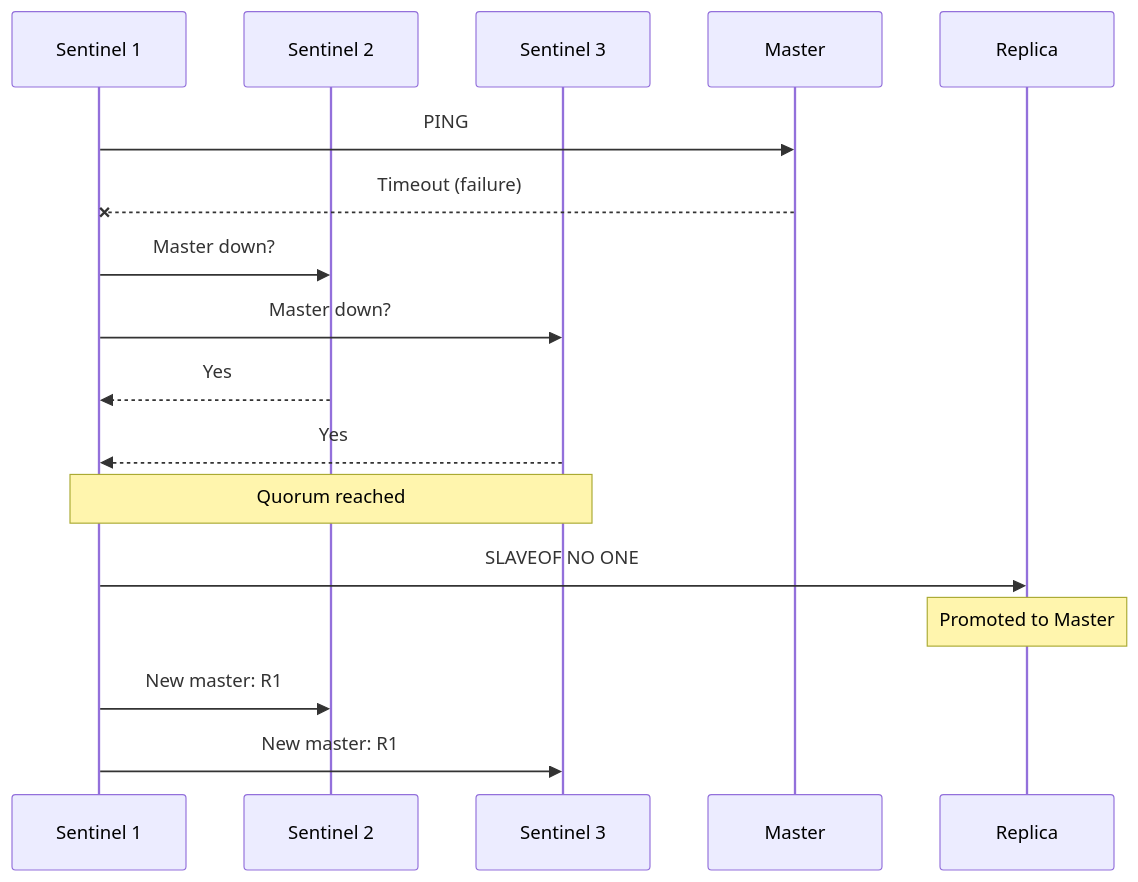
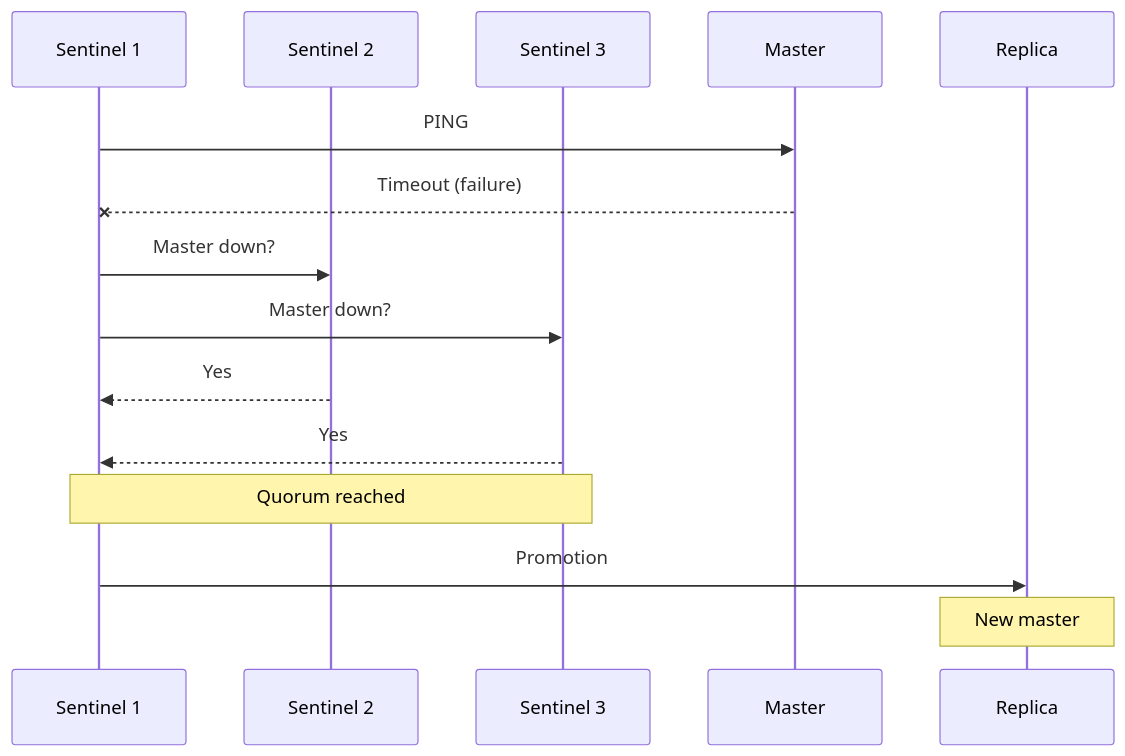
Before and after one commit to HidoraSwiss/hikube-public-doc: the second of 2 diagrams in i18n/en/docusaurus-plugin-content-docs/current/services/databases/redis/concepts.md, drawn with Mermaid. The commit also changed other lines of this file and 148 other files, not shown here.

````diff
--- a/i18n/en/docusaurus-plugin-content-docs/current/services/databases/redis/concepts.md
+++ b/i18n/en/docusaurus-plugin-content-docs/current/services/databases/redis/concepts.md
@@ -86,20 +64,18 @@
 ```mermaid
 sequenceDiagram
     participant S1 as Sentinel 1
     participant S2 as Sentinel 2
     participant S3 as Sentinel 3
     participant M as Master
     participant R1 as Replica
 
     S1->>M: PING
     M--xS1: Timeout (failure)
     S1->>S2: Master down?
     S1->>S3: Master down?
     S2-->>S1: Yes
     S3-->>S1: Yes
     Note over S1,S3: Quorum reached
-    S1->>R1: SLAVEOF NO ONE
-    Note over R1: Promoted to Master
-    S1->>S2: New master: R1
-    S1->>S3: New master: R1
+    S1->>R1: Promotion
+    Note over R1: New master
 ```
````
